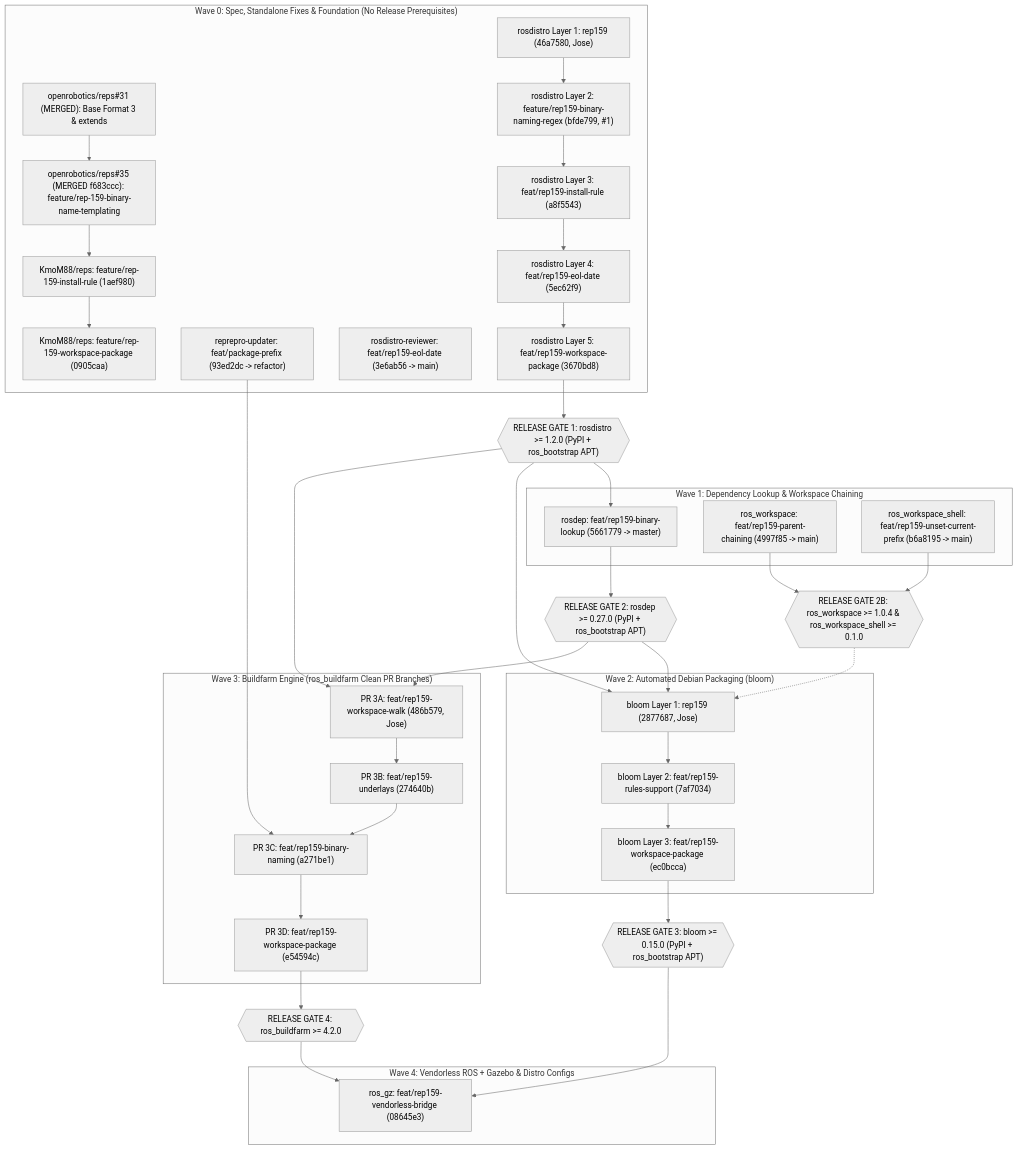
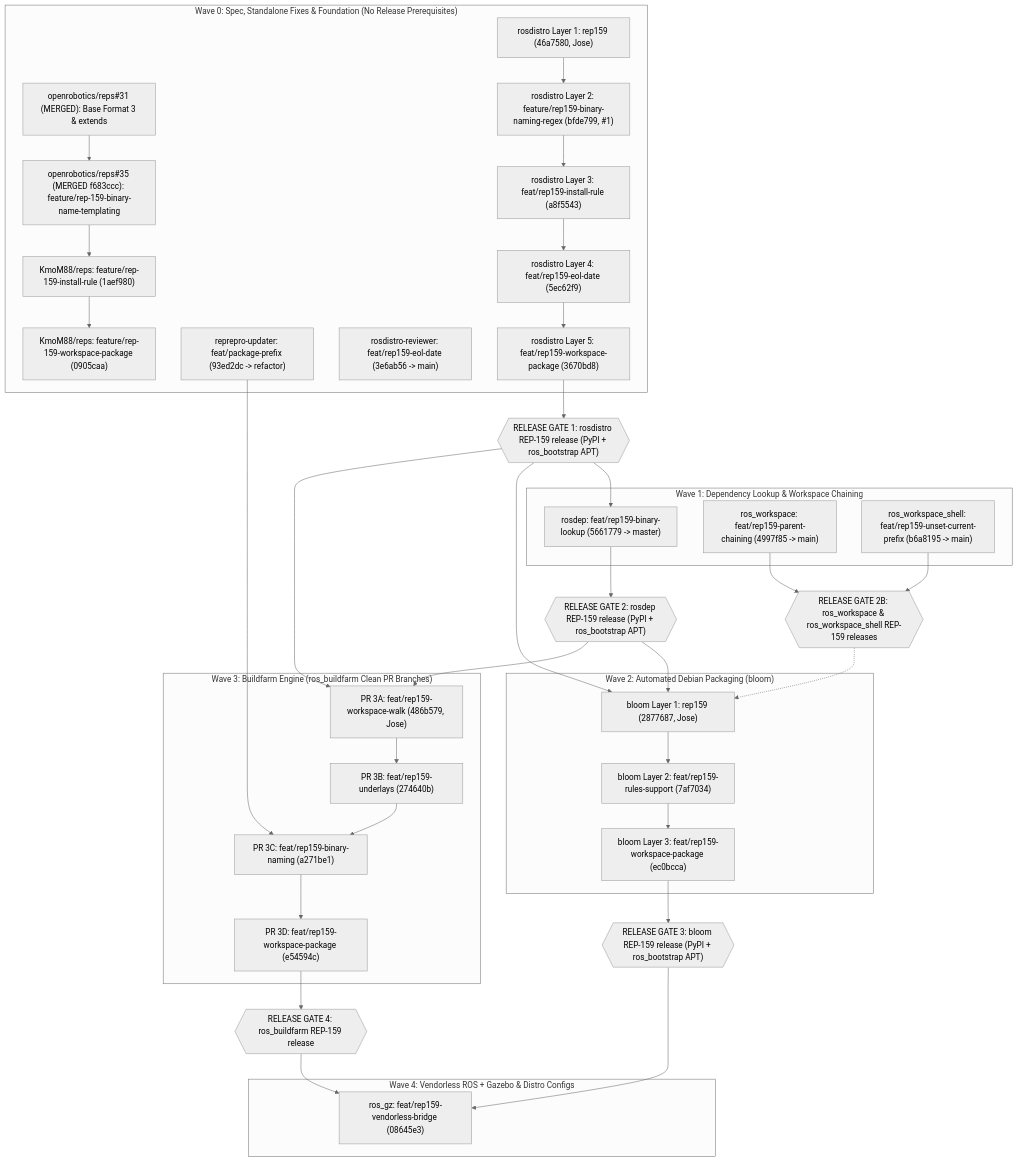
One commit to KmoM88/rep159-testing changed the first of 2 diagrams in ROLLOUT_PLAN.md. Above: the diagram before and after it, drawn with Mermaid (neutral theme). The commit also changed 6 other files, not shown here.

Commit message:
Remove speculative future release version numbers from Release Gates across rollout and roadmap docs

````diff
--- a/ROLLOUT_PLAN.md
+++ b/ROLLOUT_PLAN.md
@@ -14,56 +14,56 @@
 ```mermaid
 flowchart TD
     subgraph Wave0 ["Wave 0: Spec, Standalone Fixes & Foundation (No Release Prerequisites)"]
         REPS1["openrobotics/reps#31 (MERGED): Base Format 3 & extends"] --> REPS2["openrobotics/reps#35 (MERGED f683ccc): feature/rep-159-binary-name-templating"]
         REPS2 --> REPS3["KmoM88/reps: feature/rep-159-install-rule (1aef980)"]
         REPS3 --> REPS4["KmoM88/reps: feature/rep-159-workspace-package (0905caa)"]
 
         REPREPRO["reprepro-updater: feat/package-prefix (93ed2dc -> refactor)"]
         REVIEWER["rosdistro-reviewer: feat/rep159-eol-date (3e6ab56 -> main)"]
 
         RD1["rosdistro Layer 1: rep159 (46a7580, Jose)"] --> RD2["rosdistro Layer 2: feature/rep159-binary-naming-regex (bfde799, #1)"]
         RD2 --> RD3["rosdistro Layer 3: feat/rep159-install-rule (a8f5543)"]
         RD3 --> RD4["rosdistro Layer 4: feat/rep159-eol-date (5ec62f9)"]
         RD4 --> RD5["rosdistro Layer 5: feat/rep159-workspace-package (3670bd8)"]
     end
 
-    RD5 --> GATE1{{"RELEASE GATE 1: rosdistro >= 1.2.0 (PyPI + ros_bootstrap APT)"}}
+    RD5 --> GATE1{{"RELEASE GATE 1: rosdistro REP-159 release (PyPI + ros_bootstrap APT)"}}
 
     subgraph Wave1 ["Wave 1: Dependency Lookup & Workspace Chaining"]
         ROSDEP["rosdep: feat/rep159-binary-lookup (5661779 -> master)"]
         WS["ros_workspace: feat/rep159-parent-chaining (4997f85 -> main)"]
         WSS["ros_workspace_shell: feat/rep159-unset-current-prefix (b6a8195 -> main)"]
     end
 
-    GATE1 --> ROSDEP --> GATE2{{"RELEASE GATE 2: rosdep >= 0.27.0 (PyPI + ros_bootstrap APT)"}}
-    WS --> GATE2B{{"RELEASE GATE 2B: ros_workspace >= 1.0.4 & ros_workspace_shell >= 0.1.0"}}
+    GATE1 --> ROSDEP --> GATE2{{"RELEASE GATE 2: rosdep REP-159 release (PyPI + ros_bootstrap APT)"}}
+    WS --> GATE2B{{"RELEASE GATE 2B: ros_workspace & ros_workspace_shell REP-159 releases"}}
     WSS --> GATE2B
 
     subgraph Wave2 ["Wave 2: Automated Debian Packaging (bloom)"]
         BL1["bloom Layer 1: rep159 (2877687, Jose)"] --> BL2["bloom Layer 2: feat/rep159-rules-support (7af7034)"]
         BL2 --> BL3["bloom Layer 3: feat/rep159-workspace-package (ec0bcca)"]
     end
 
     GATE1 --> BL1
     GATE2 --> BL1
     GATE2B -.-> BL1
-    BL3 --> GATE3{{"RELEASE GATE 3: bloom >= 0.15.0 (PyPI + ros_bootstrap APT)"}}
+    BL3 --> GATE3{{"RELEASE GATE 3: bloom REP-159 release (PyPI + ros_bootstrap APT)"}}
 
     subgraph Wave3 ["Wave 3: Buildfarm Engine (ros_buildfarm Clean PR Branches)"]
         BF1["PR 3A: feat/rep159-workspace-walk (486b579, Jose)"] --> BF2["PR 3B: feat/rep159-underlays (274640b)"]
         BF2 --> BF3["PR 3C: feat/rep159-binary-naming (a271be1)"]
         BF3 --> BF4["PR 3D: feat/rep159-workspace-package (e54594c)"]
     end
 
     GATE1 --> BF1
     GATE2 --> BF1
     REPREPRO --> BF3
-    BF4 --> GATE4{{"RELEASE GATE 4: ros_buildfarm >= 4.2.0"}}
+    BF4 --> GATE4{{"RELEASE GATE 4: ros_buildfarm REP-159 release"}}
 
     subgraph Wave4 ["Wave 4: Vendorless ROS + Gazebo & Distro Configs"]
         ROSGZ["ros_gz: feat/rep159-vendorless-bridge (08645e3)"]
     end
 
     GATE3 --> ROSGZ
     GATE4 --> ROSGZ
 ```
````
